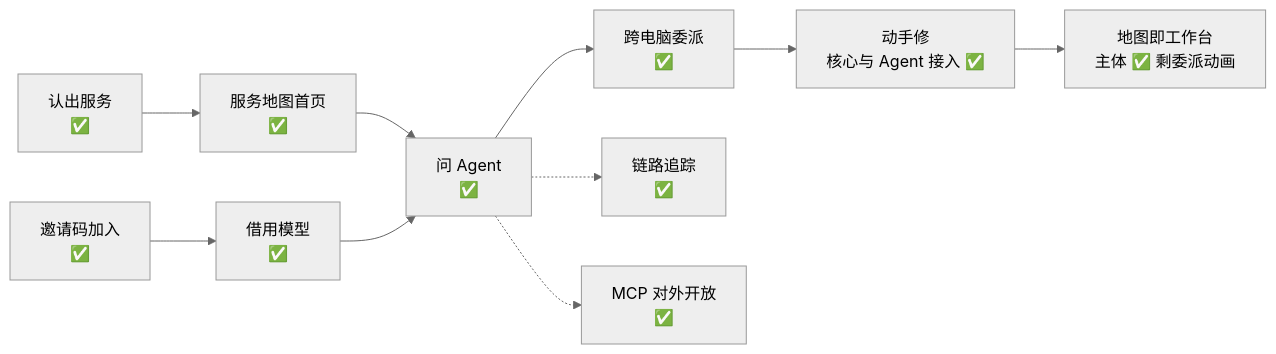
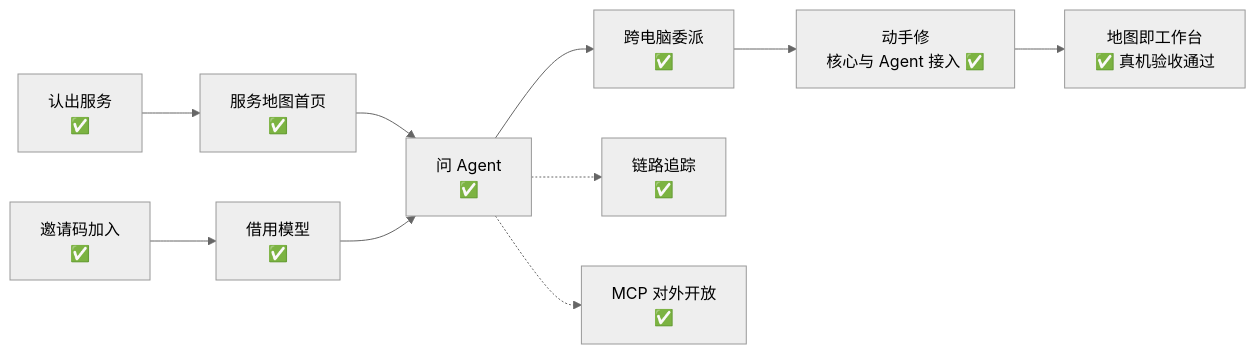
Before and after one commit to Sugarfarmeriod/TunnelMinion: the diagram in docs/project/roadmap.md, drawn with Mermaid (neutral theme). The commit also changed other lines of this file and 1 other file, not shown here.

Commit message:
docs: 地图即工作台真机验收通过，记录证据与待修问题

````diff
--- a/docs/project/roadmap.md
+++ b/docs/project/roadmap.md
@@ -15,12 +15,12 @@
 ```mermaid
 flowchart LR
     S["认出服务<br/>✅"] --> M["服务地图首页<br/>✅"]
     M --> Q["问 Agent<br/>✅"]
     Q --> D["跨电脑委派<br/>✅"]
     D --> R["动手修<br/>核心与 Agent 接入 ✅"]
-    R --> W["地图即工作台<br/>主体 ✅ 剩委派动画"]
+    R --> W["地图即工作台<br/>✅ 真机验收通过"]
     J["邀请码加入<br/>✅"] --> B["借用模型<br/>✅"]
     B --> Q
     Q -.-> O["链路追踪<br/>✅"]
     Q -.-> X["MCP 对外开放<br/>✅"]
 ```
````
